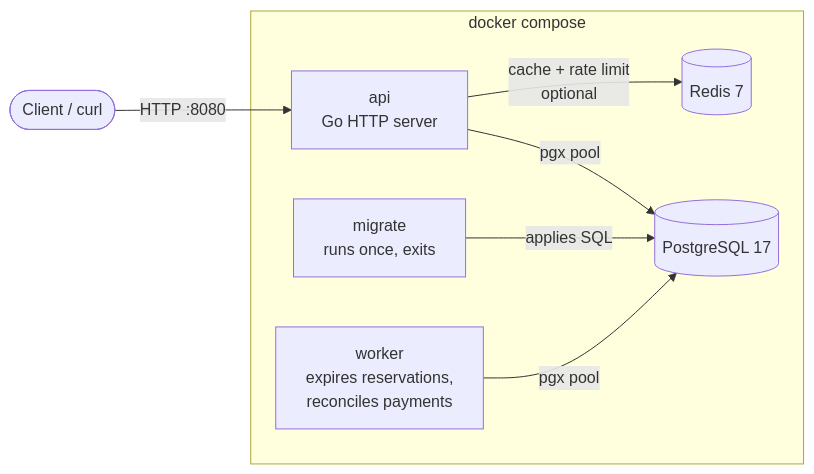
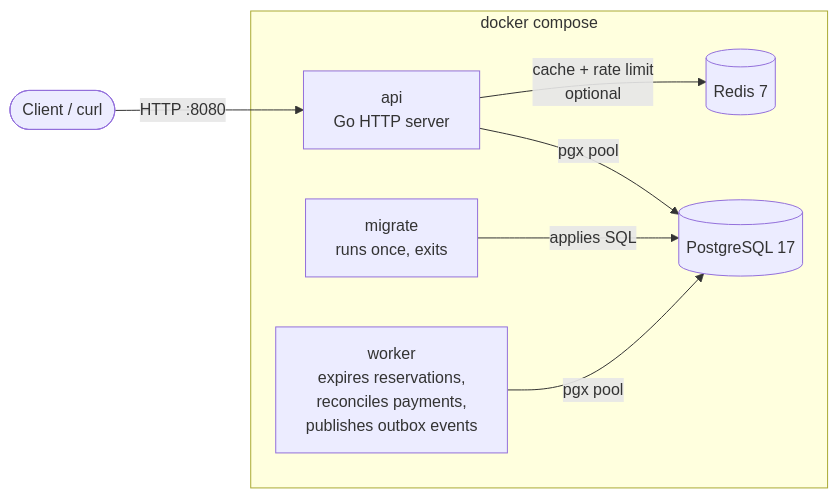
Before and after one commit to BasavarajBankolli/inventory-order-engine: the first of 4 diagrams in README.md, drawn with Mermaid. The commit also changed other lines of this file and 21 other files, not shown here.

````diff
--- a/README.md
+++ b/README.md
@@ -16,10 +16,10 @@
 ```mermaid
 flowchart LR
     client([Client / curl]) -->|HTTP :8080| api
     subgraph docker compose
         migrate[migrate<br/>runs once, exits] -->|applies SQL| pg[(PostgreSQL 17)]
         api[api<br/>Go HTTP server] -->|pgx pool| pg
-        worker[worker<br/>expires reservations,<br/>reconciles payments] -->|pgx pool| pg
+        worker[worker<br/>expires reservations,<br/>reconciles payments,<br/>publishes outbox events] -->|pgx pool| pg
         api -->|cache + rate limit<br/>optional| redis[(Redis 7)]
     end
 ```
````
